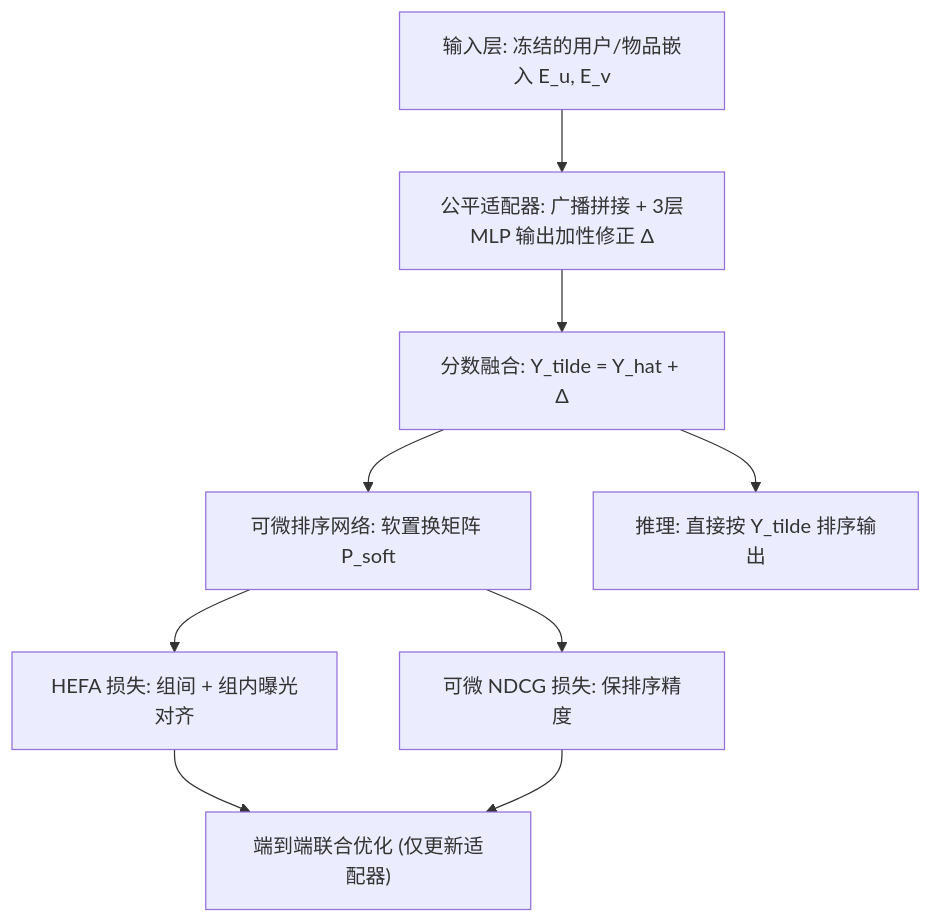
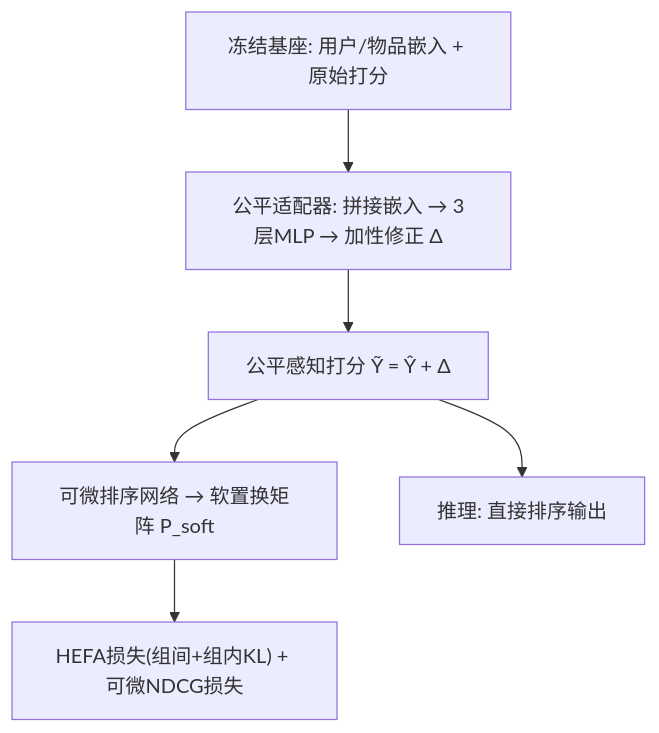
The diagram in docs/venues/SIGIR/2026/debias_fairness_industrial/post_hoc_provider_fairness_adaptation_via_hierarchical_exposure_alignment.md (jbdcia321vw/Paper-Notes), drawn with Mermaid before and after one commit. The commit also changed other lines of this file and 1119 other files, not shown here.

````diff
--- a/docs/venues/SIGIR/2026/debias_fairness_industrial/post_hoc_provider_fairness_adaptation_via_hierarchical_exposure_alignment.md
+++ b/docs/venues/SIGIR/2026/debias_fairness_industrial/post_hoc_provider_fairness_adaptation_via_hierarchical_exposure_alignment.md
@@ -65,11 +47,8 @@
 ```mermaid
 flowchart TD
-    A["输入层: 冻结的用户/物品嵌入 E_u, E_v"] --> B["公平适配器: 广播拼接 + 3层MLP 输出加性修正 Δ"]
-    B --> C["分数融合: Y_tilde = Y_hat + Δ"]
-    C --> D["可微排序网络: 软置换矩阵 P_soft"]
-    D --> E1["HEFA 损失: 组间 + 组内曝光对齐"]
-    D --> E2["可微 NDCG 损失: 保排序精度"]
-    E1 --> F["端到端联合优化 (仅更新适配器)"]
-    E2 --> F
-    C --> G["推理: 直接按 Y_tilde 排序输出"]
+    A["冻结基座: 用户/物品嵌入 + 原始打分"] --> B["公平适配器: 拼接嵌入 → 3层MLP → 加性修正 Δ"]
+    B --> C["公平感知打分 Ỹ = Ŷ + Δ"]
+    C --> D["可微排序网络 → 软置换矩阵 P_soft"]
+    D --> E["HEFA损失(组间+组内KL) + 可微NDCG损失"]
+    C --> F["推理: 直接排序输出"]
 ```
````
